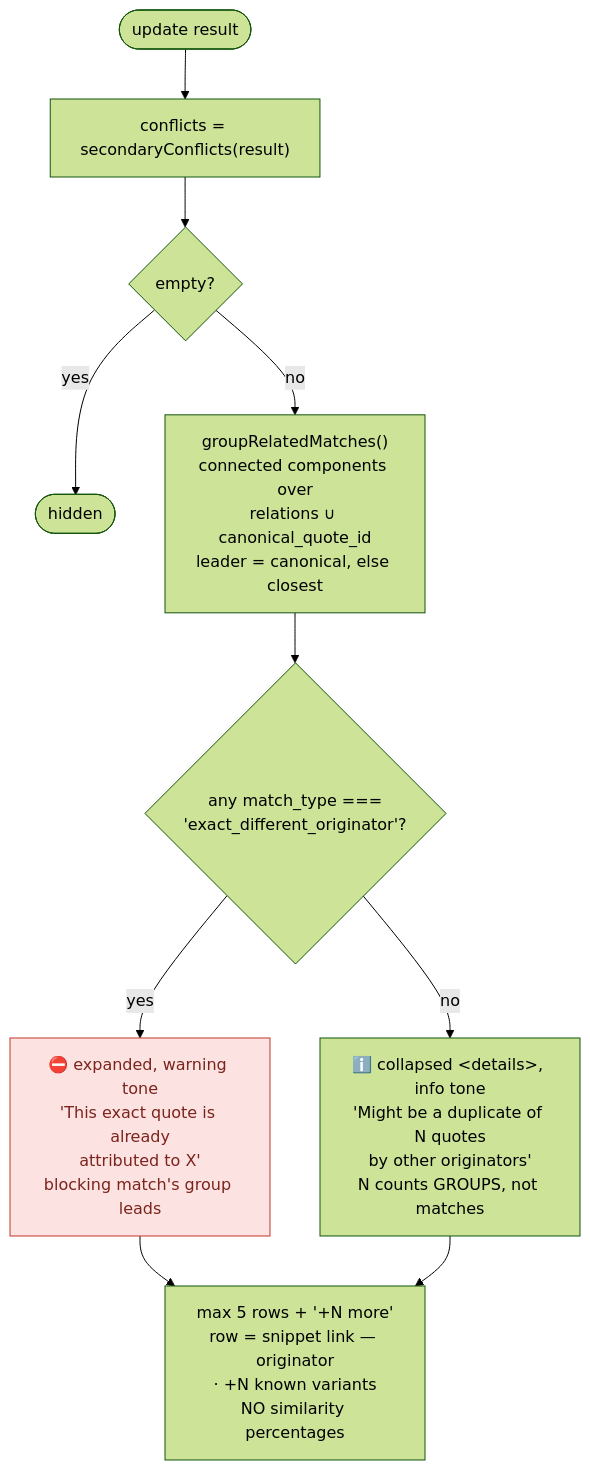
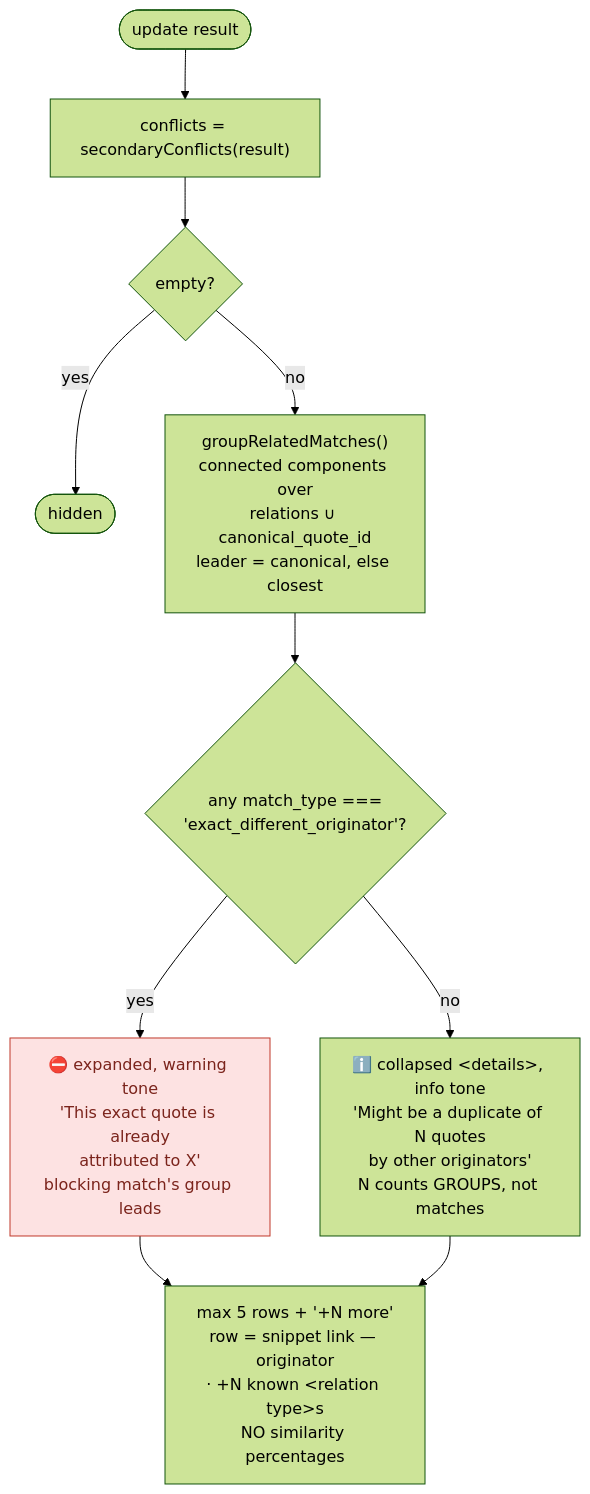
The fifth of 6 diagrams in docs/status-and-badging-resolution.md (quotewise/quotewise-browser-extension), drawn with Mermaid (forest theme) before and after one commit. The commit also changed other lines of this file, not shown here.

````diff
--- a/docs/status-and-badging-resolution.md
+++ b/docs/status-and-badging-resolution.md
@@ -293,14 +293,14 @@
 ```mermaid
 flowchart TD
     A([update result]) --> B["conflicts = secondaryConflicts(result)"]
     B --> C{"empty?"}
     C -->|yes| H([hidden])
     C -->|no| GR["groupRelatedMatches()<br/>connected components over<br/>relations ∪ canonical_quote_id<br/>leader = canonical, else closest"]
     GR --> D{"any match_type ===<br/>'exact_different_originator'?"}
     D -->|yes| E["⛔ expanded, warning tone<br/>'This exact quote is already<br/>attributed to X'<br/>blocking match's group leads"]
     D -->|no| F["ℹ️ collapsed &lt;details&gt;, info tone<br/>'Might be a duplicate of N quotes<br/>by other originators'<br/>N counts GROUPS, not matches"]
-    E & F --> G["max 5 rows + '+N more'<br/>row = snippet link — originator<br/>· +N known variants<br/>NO similarity percentages"]
+    E & F --> G["max 5 rows + '+N more'<br/>row = snippet link — originator<br/>· +N known &lt;relation type&gt;s<br/>NO similarity percentages"]
 
     classDef danger fill:#fde2e2,stroke:#c0392b,color:#7b241c
     class E danger
 ```
````
